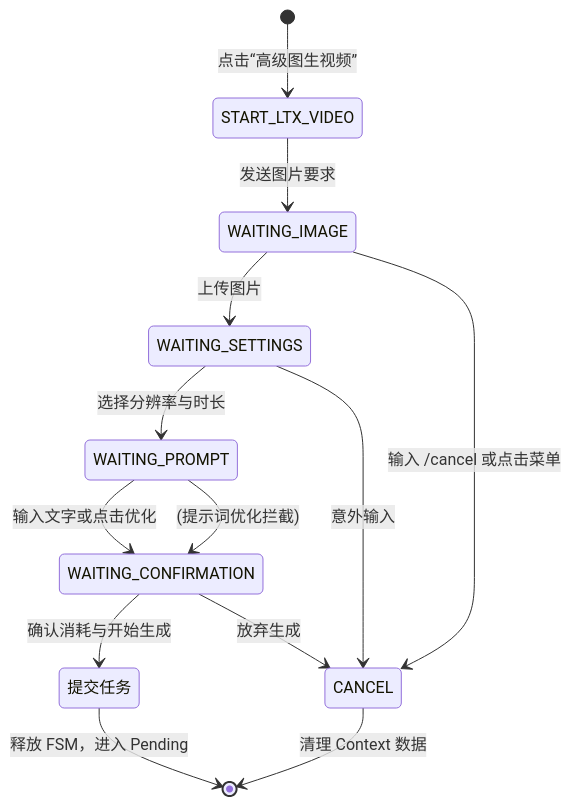
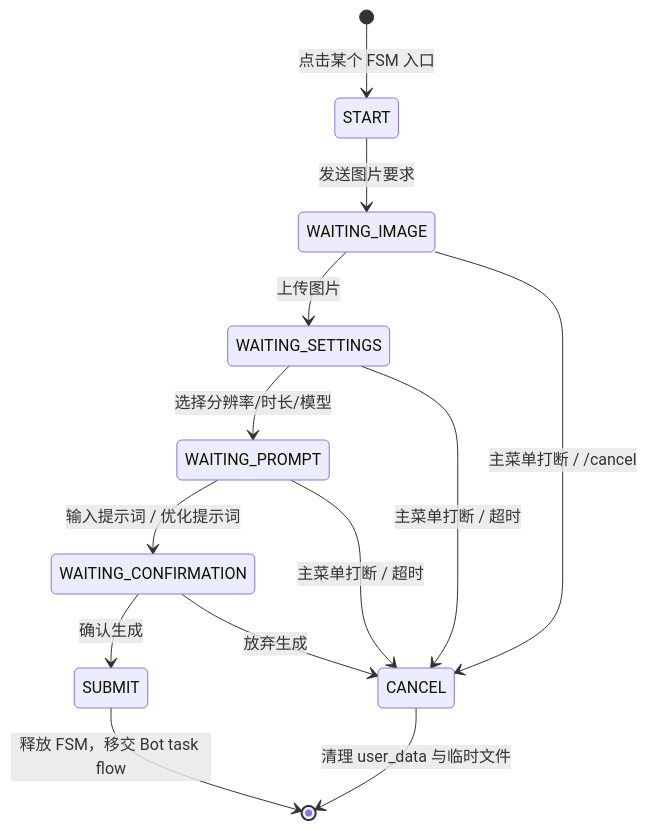
One commit to giraffu/All_bot changed the diagram in docs/子模块_交互状态机_fsm_handlers.md. Above: the diagram before and after it, drawn with Mermaid. The commit also changed other lines of this file and 22 other files, not shown here.

````diff
--- a/docs/子模块_交互状态机_fsm_handlers.md
+++ b/docs/子模块_交互状态机_fsm_handlers.md
@@ -9,21 +14,15 @@
 ```mermaid
 stateDiagram-v2
-    [*] --> START_LTX_VIDEO : 点击“高级图生视频”
-    
-    START_LTX_VIDEO --> WAITING_IMAGE : 发送图片要求
-    
+    [*] --> START : 点击某个 FSM 入口
+    START --> WAITING_IMAGE : 发送图片要求
     WAITING_IMAGE --> WAITING_SETTINGS : 上传图片
-    WAITING_IMAGE --> CANCEL : 输入 /cancel 或点击菜单
-    
-    WAITING_SETTINGS --> WAITING_PROMPT : 选择分辨率与时长
-    WAITING_SETTINGS --> CANCEL : 意外输入
-    
-    WAITING_PROMPT --> WAITING_CONFIRMATION : 输入文字或点击优化
-    WAITING_PROMPT --> WAITING_CONFIRMATION : (提示词优化拦截)
-    
-    WAITING_CONFIRMATION --> 提交任务 : 确认消耗与开始生成
+    WAITING_IMAGE --> CANCEL : 主菜单打断 / /cancel
+    WAITING_SETTINGS --> WAITING_PROMPT : 选择分辨率/时长/模型
+    WAITING_SETTINGS --> CANCEL : 主菜单打断 / 超时
+    WAITING_PROMPT --> WAITING_CONFIRMATION : 输入提示词 / 优化提示词
+    WAITING_PROMPT --> CANCEL : 主菜单打断 / 超时
+    WAITING_CONFIRMATION --> SUBMIT : 确认生成
     WAITING_CONFIRMATION --> CANCEL : 放弃生成
-    
-    提交任务 --> [*] : 释放 FSM，进入 Pending
-    CANCEL --> [*] : 清理 Context 数据
+    SUBMIT --> [*] : 释放 FSM，移交 Bot task flow
+    CANCEL --> [*] : 清理 user_data 与临时文件
 ```
````
